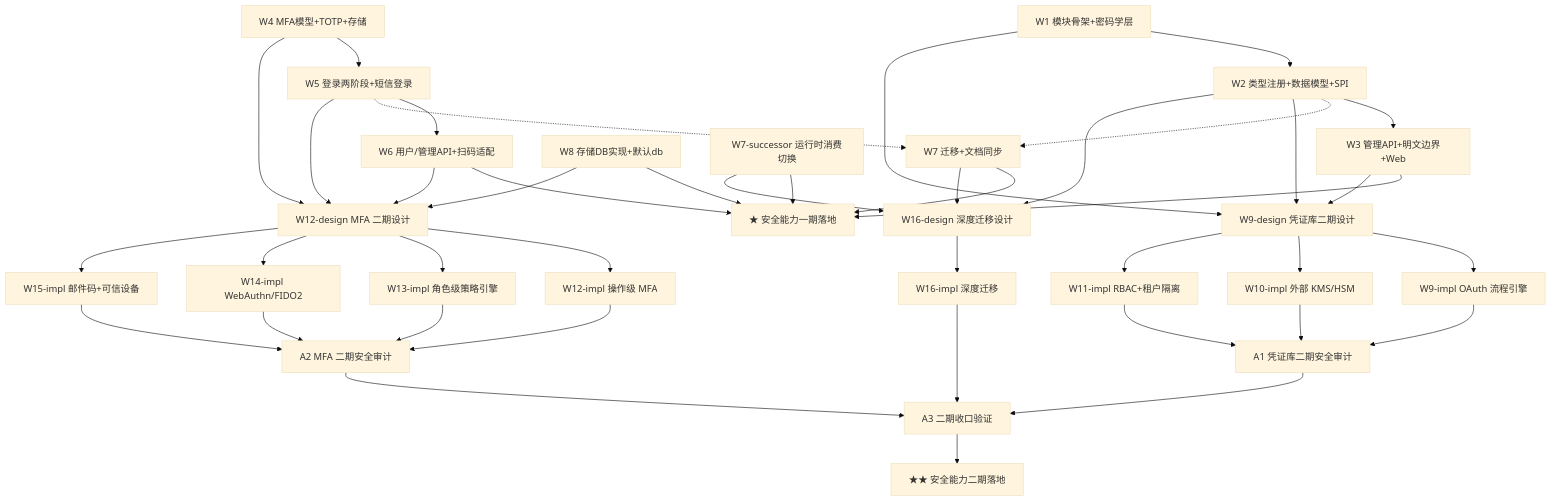
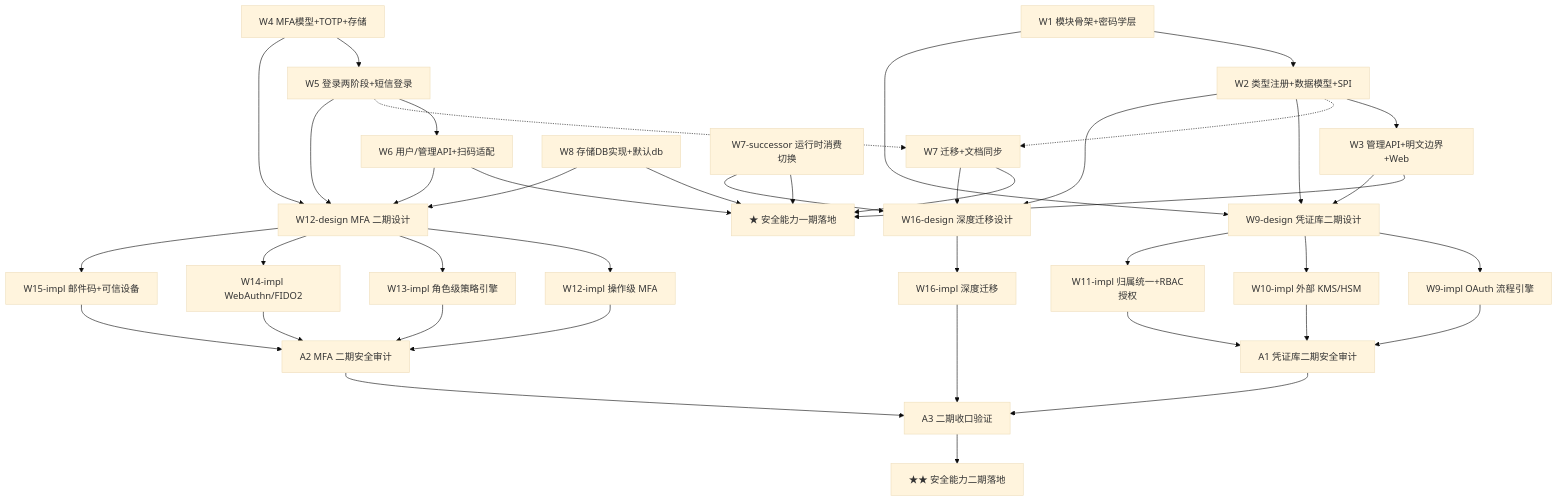
One commit to entropy-cloud/nop-entropy changed the diagram in ai-dev/backlog/nop-credential-mfa-roadmap.md. Above: the diagram before and after it, drawn with Mermaid (base theme). The commit also changed other lines of this file and 10 other files, not shown here.

First line of the commit message:
docs(nop-credential-mfa): plan-2026-08-14-2012 docs/log/roadmap update

````diff
--- a/ai-dev/backlog/nop-credential-mfa-roadmap.md
+++ b/ai-dev/backlog/nop-credential-mfa-roadmap.md
@@ -333,67 +333,67 @@
 ```mermaid
 graph TD
     W1["W1 模块骨架+密码学层"]
     W2["W2 类型注册+数据模型+SPI"]
     W3["W3 管理API+明文边界+Web"]
     W4["W4 MFA模型+TOTP+存储"]
     W5["W5 登录两阶段+短信登录"]
     W6["W6 用户/管理API+扫码适配"]
     W7["W7 迁移+文档同步"]
     W8["W8 存储DB实现+默认db"]
     W7S["W7-successor 运行时消费切换"]
     M["★ 安全能力一期落地"]
     W1 --> W2 --> W3
     W4 --> W5 --> W6
     W2 -.-> W7
     W5 -.-> W7
     W3 --> M
     W6 --> M
     W7 --> M
     W8 --> M
     W7S --> M
 
     D9["W9-design 凭证库二期设计"]
     I9["W9-impl OAuth 流程引擎"]
     I10["W10-impl 外部 KMS/HSM"]
-    I11["W11-impl RBAC+租户隔离"]
+    I11["W11-impl 归属统一+RBAC授权"]
     A1["A1 凭证库二期安全审计"]
     D12["W12-design MFA 二期设计"]
     I12["W12-impl 操作级 MFA"]
     I13["W13-impl 角色级策略引擎"]
     I14["W14-impl WebAuthn/FIDO2"]
     I15["W15-impl 邮件码+可信设备"]
     A2["A2 MFA 二期安全审计"]
     D16["W16-design 深度迁移设计"]
     I16["W16-impl 深度迁移"]
     A3["A3 二期收口验证"]
     M2["★★ 安全能力二期落地"]
     W1 --> D9
     W2 --> D9
     W3 --> D9
     D9 --> I9
     D9 --> I10
     D9 --> I11
     I9 --> A1
     I10 --> A1
     I11 --> A1
     W4 --> D12
     W5 --> D12
     W6 --> D12
     W8 --> D12
     D12 --> I12
     D12 --> I13
     D12 --> I14
     D12 --> I15
     I12 --> A2
     I13 --> A2
     I14 --> A2
     I15 --> A2
     W2 --> D16
     W7 --> D16
     W7S --> D16
     D16 --> I16
     A1 --> A3
     A2 --> A3
     I16 --> A3
     A3 --> M2
 ```
````
